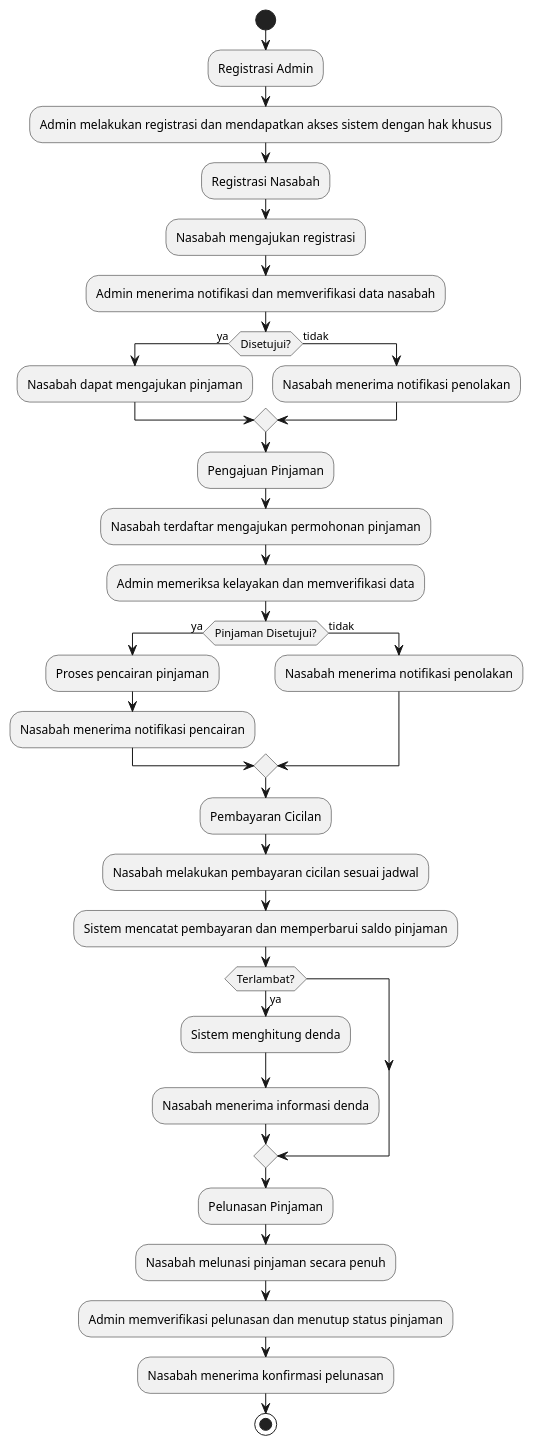
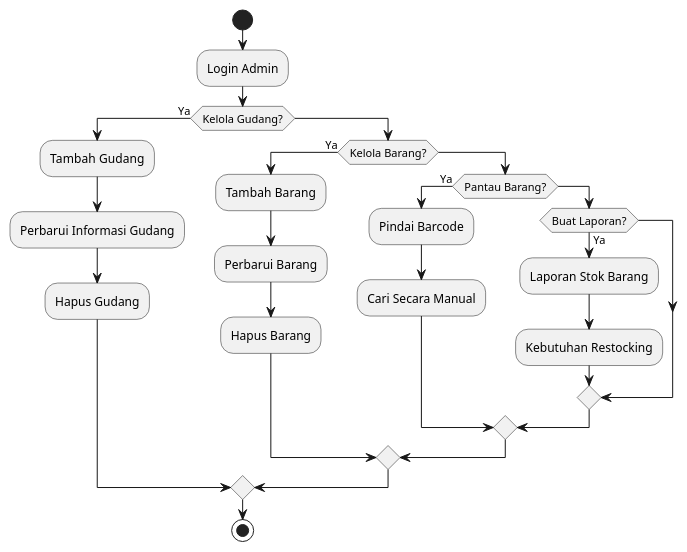
The diagram in UTS/Dokumen/flowchart.puml (Moocchi/DAA), drawn with PlantUML before and after one commit. The commit also changed 234 other files, not shown here.

```diff
--- a/UTS/Dokumen/flowchart.puml
+++ b/UTS/Dokumen/flowchart.puml
@@ -1,50 +1,28 @@
-@startuml
+@startuml flowchart
 start
-:Registrasi Admin;
-:Admin melakukan registrasi dan mendapatkan akses sistem dengan hak khusus;
 
-->
-
-:Registrasi Nasabah;
-:Nasabah mengajukan registrasi;
-:Admin menerima notifikasi dan memverifikasi data nasabah;
-
-if (Disetujui?) then (ya)
-  :Nasabah dapat mengajukan pinjaman;
-else (tidak)
-  :Nasabah menerima notifikasi penolakan;
+:Login Admin;
+if (Kelola Gudang?) then (Ya)
+  :Tambah Gudang;
+  :Perbarui Informasi Gudang;
+  :Hapus Gudang;
+else
+  if (Kelola Barang?) then (Ya)
+    :Tambah Barang;
+    :Perbarui Barang;
+    :Hapus Barang;
+  else
+    if (Pantau Barang?) then (Ya)
+      :Pindai Barcode;
+      :Cari Secara Manual;
+    else
+      if (Buat Laporan?) then (Ya)
+        :Laporan Stok Barang;
+        :Kebutuhan Restocking;
+      endif
+    endif
+  endif
 endif
-
-->
-
-:Pengajuan Pinjaman;
-:Nasabah terdaftar mengajukan permohonan pinjaman;
-:Admin memeriksa kelayakan dan memverifikasi data;
-
-if (Pinjaman Disetujui?) then (ya)
-  :Proses pencairan pinjaman;
-  :Nasabah menerima notifikasi pencairan;
-else (tidak)
-  :Nasabah menerima notifikasi penolakan;
-endif
-
-->
-
-:Pembayaran Cicilan;
-:Nasabah melakukan pembayaran cicilan sesuai jadwal;
-:Sistem mencatat pembayaran dan memperbarui saldo pinjaman;
-
-if (Terlambat?) then (ya)
-  :Sistem menghitung denda;
-  :Nasabah menerima informasi denda;
-endif
-
-->
-
-:Pelunasan Pinjaman;
-:Nasabah melunasi pinjaman secara penuh;
-:Admin memverifikasi pelunasan dan menutup status pinjaman;
-:Nasabah menerima konfirmasi pelunasan;
 
 stop
 @enduml
```
